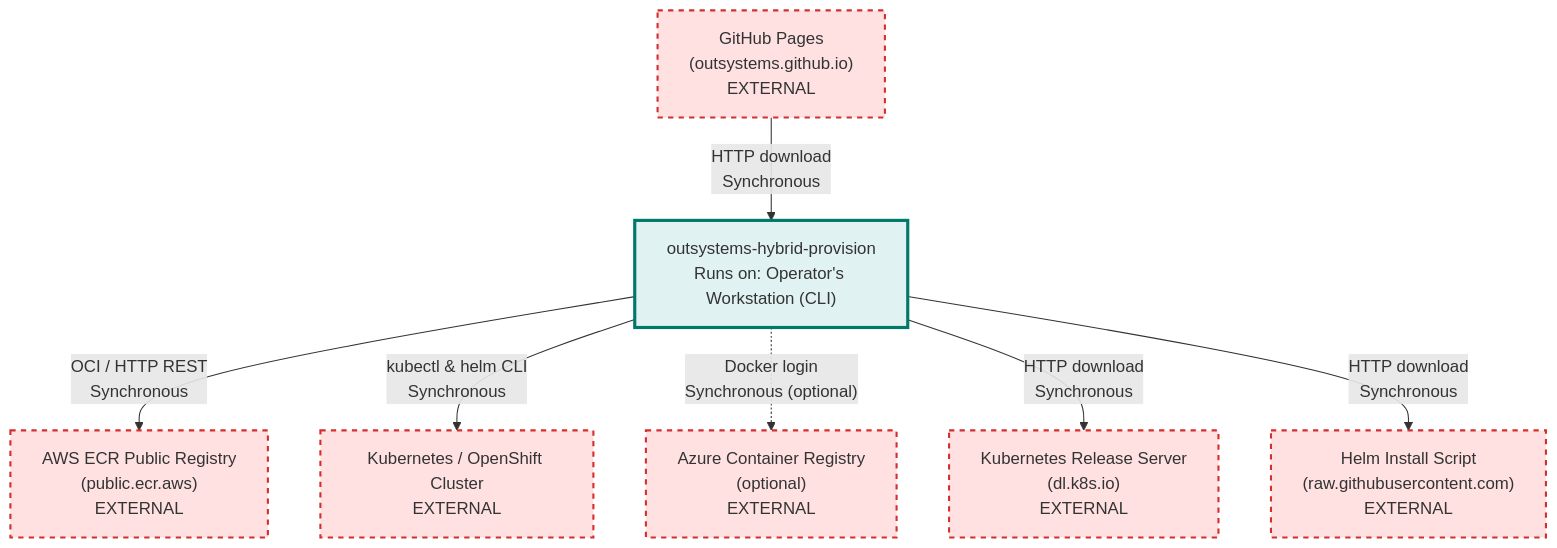
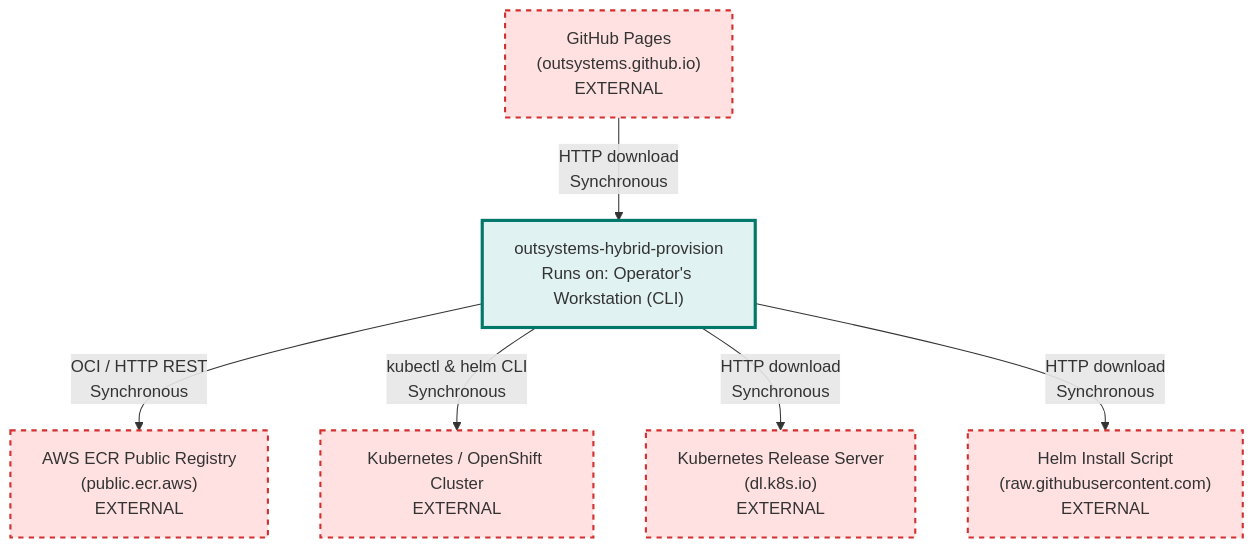
One commit to OutSystems/outsystems-hybrid-provision changed the diagram in ARCHITECTURE.md. Above: the diagram before and after it, drawn with Mermaid. The commit also changed other lines of this file and 12 other files, not shown here.

````diff
--- a/ARCHITECTURE.md
+++ b/ARCHITECTURE.md
@@ -13,25 +13,23 @@
 ```mermaid
 graph TB
     ThisRepo["outsystems-hybrid-provision<br/>Runs on: Operator's Workstation (CLI)"]
 
     ECR["AWS ECR Public Registry<br/>(public.ecr.aws)<br/>EXTERNAL"]
     K8s["Kubernetes / OpenShift Cluster<br/>EXTERNAL"]
     GHPages["GitHub Pages<br/>(outsystems.github.io)<br/>EXTERNAL"]
-    ACR["Azure Container Registry<br/>(optional)<br/>EXTERNAL"]
     KubeDL["Kubernetes Release Server<br/>(dl.k8s.io)<br/>EXTERNAL"]
     HelmGH["Helm Install Script<br/>(raw.githubusercontent.com)<br/>EXTERNAL"]
 
     GHPages -->|"HTTP download<br/>Synchronous"| ThisRepo
     ThisRepo -->|"OCI / HTTP REST<br/>Synchronous"| ECR
     ThisRepo -->|"kubectl & helm CLI<br/>Synchronous"| K8s
-    ThisRepo -.->|"Docker login<br/>Synchronous (optional)"| ACR
     ThisRepo -->|"HTTP download<br/>Synchronous"| KubeDL
     ThisRepo -->|"HTTP download<br/>Synchronous"| HelmGH
 
     classDef thisRepo fill:#e0f2f1,stroke:#00796b,stroke-width:3px
     classDef external fill:#ffe1e1,stroke:#d32f2f,stroke-width:2px,stroke-dasharray: 5 5
     classDef database fill:#f3e5f5,stroke:#7b1fa2,stroke-width:2px
 
     class ThisRepo thisRepo
-    class ECR,K8s,GHPages,ACR,KubeDL,HelmGH external
+    class ECR,K8s,GHPages,KubeDL,HelmGH external
 ```
````
